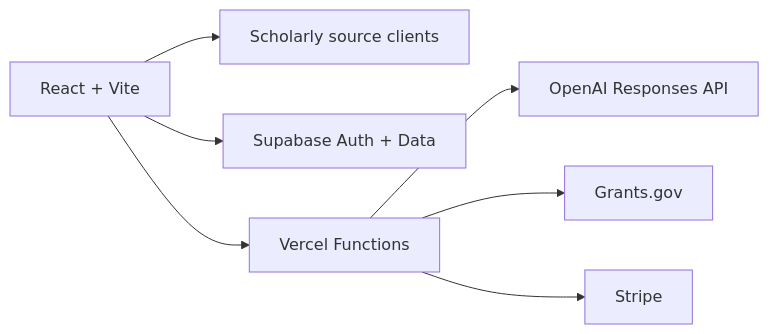
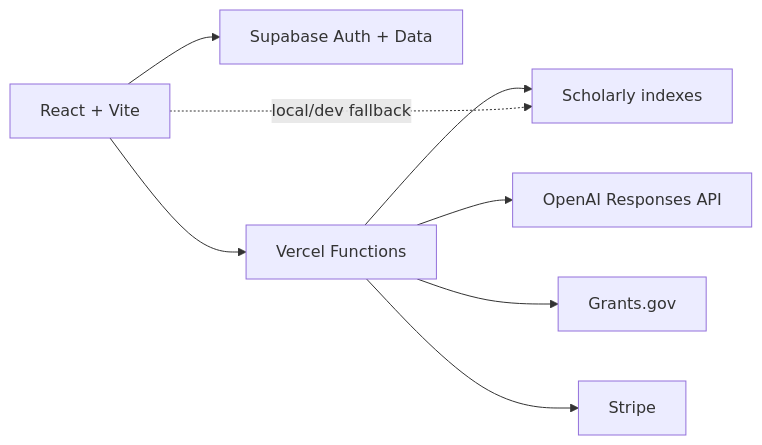
One commit to panagiotagrosdouli/eyloai changed the diagram in README.md. Above: the diagram before and after it, drawn with Mermaid. The commit also changed other lines of this file, not shown here.

Commit message:
Document production discovery proxy architecture

````diff
--- a/README.md
+++ b/README.md
@@ -55,9 +55,10 @@
 ```mermaid
 flowchart LR
-  A[React + Vite] --> B[Scholarly source clients]
-  A --> C[Supabase Auth + Data]
+  A[React + Vite] --> C[Supabase Auth + Data]
   A --> D[Vercel Functions]
+  D --> B[Scholarly indexes]
   D --> E[OpenAI Responses API]
   D --> F[Grants.gov]
   D --> G[Stripe]
+  A -. local/dev fallback .-> B
 ```
````
